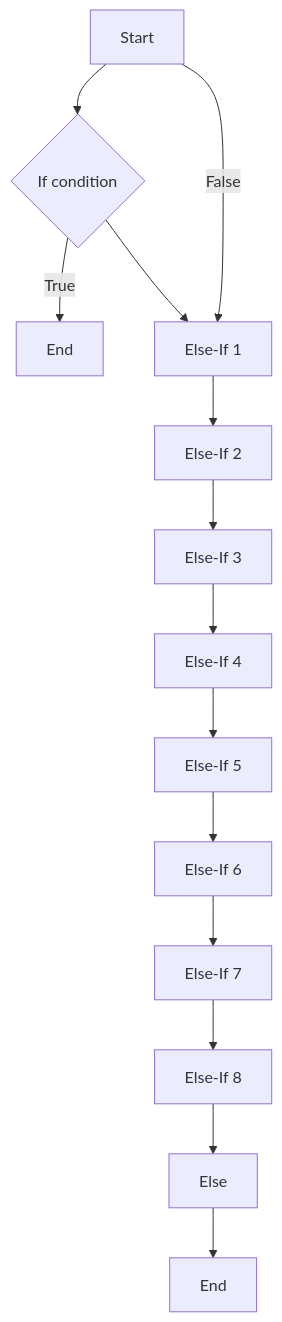
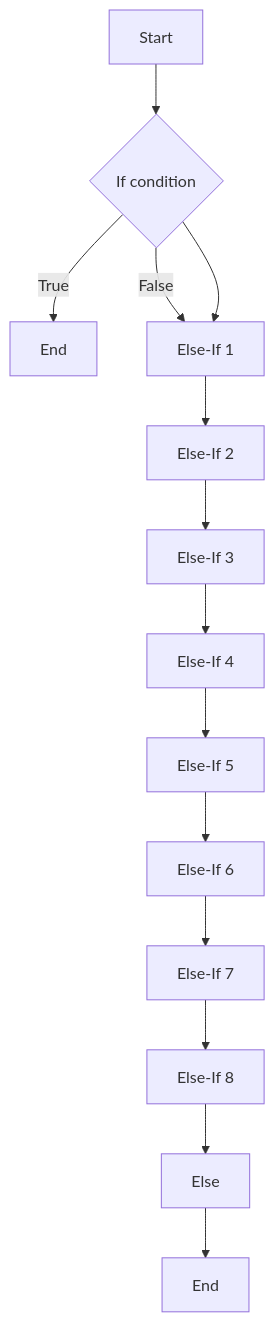
One commit to Alex-Rafter/wiki changed the third of 4 diagrams in daily/2023-05-13.md. Above: the diagram before and after it, drawn with Mermaid.

````diff
--- a/daily/2023-05-13.md
+++ b/daily/2023-05-13.md
@@ -80,19 +80,19 @@
 ```mermaid
 
 flowchart TD
 A[Start] --> B{"If condition"}
 B -- True --> BEnd["End"]
-A -- False --> C
+B -- False --> C
 B --> C[Else-If 1]
 C --> D[Else-If 2]
 D --> E[Else-If 3]
 E --> F[Else-If 4]
 F --> G[Else-If 5]
 G --> H[Else-If 6]
 H --> I[Else-If 7]
 I --> J[Else-If 8]
 J --> K[Else]
 K --> L[End]
 
 
 ```
````
